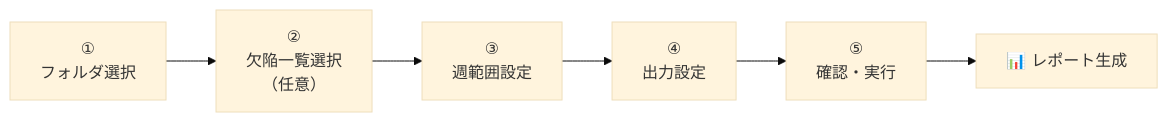
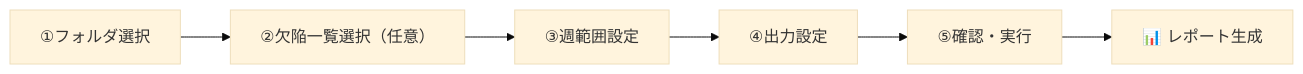
One commit to makio-dev/test-progress-collector changed the second of 2 diagrams in docs/機能概要.md. Above: the diagram before and after it, drawn with Mermaid (base theme). The commit also changed other lines of this file and 2 other files, not shown here.

Commit message:
ドキュメント修正: Mermaid内の \n を除去
Mermaidのノードラベル内で使用していた \n（改行）を
スペースや短縮表記に置き換えてレンダリングエラーを解消。

````diff
--- a/docs/機能概要.md
+++ b/docs/機能概要.md
@@ -103,8 +103,8 @@
 ```mermaid
 flowchart LR
-    S1["①\nフォルダ選択"] --> S2["②\n欠陥一覧選択\n（任意）"]
-    S2 --> S3["③\n週範囲設定"]
-    S3 --> S4["④\n出力設定"]
-    S4 --> S5["⑤\n確認・実行"]
+    S1["①フォルダ選択"] --> S2["②欠陥一覧選択（任意）"]
+    S2 --> S3["③週範囲設定"]
+    S3 --> S4["④出力設定"]
+    S4 --> S5["⑤確認・実行"]
     S5 --> OUT["📊 レポート生成"]
 ```
````
